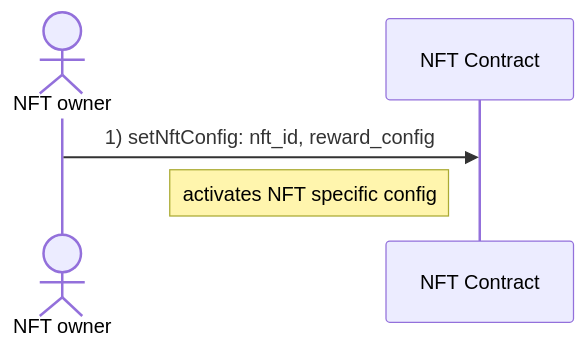
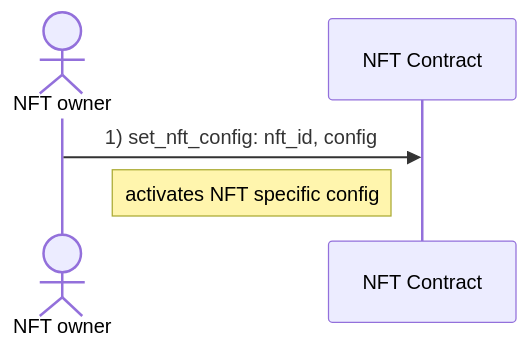
The third of 6 diagrams in docs/diagrams/reward_users.md (marc0olo/aens-nfts), drawn with Mermaid before and after one commit. The commit also changed other lines of this file and 17 other files, not shown here.

````diff
--- a/docs/diagrams/reward_users.md
+++ b/docs/diagrams/reward_users.md
@@ -46,6 +47,6 @@
 ```mermaid
 sequenceDiagram
     actor NFT owner
-    NFT owner ->> NFT Contract: 1) setNftConfig: nft_id, reward_config
+    NFT owner ->> NFT Contract: 1) set_nft_config: nft_id, config
     Note left of NFT Contract: activates NFT specific config
 ```
````
